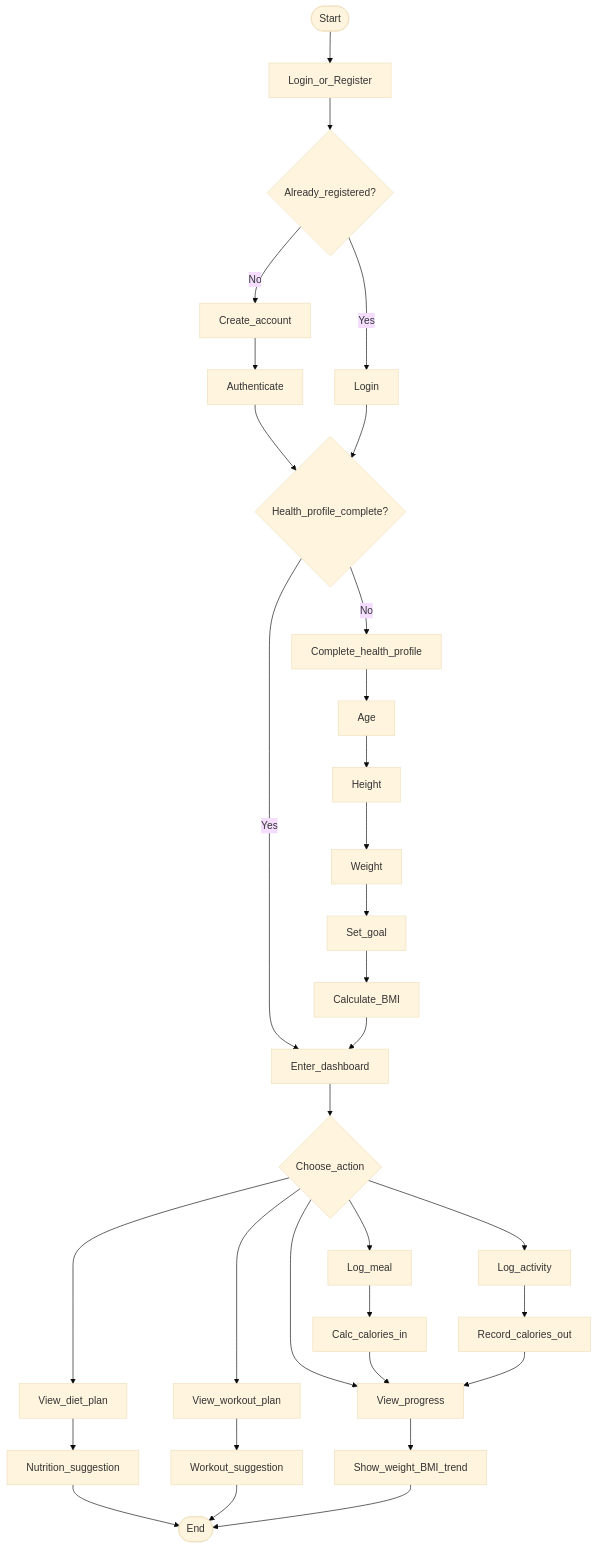
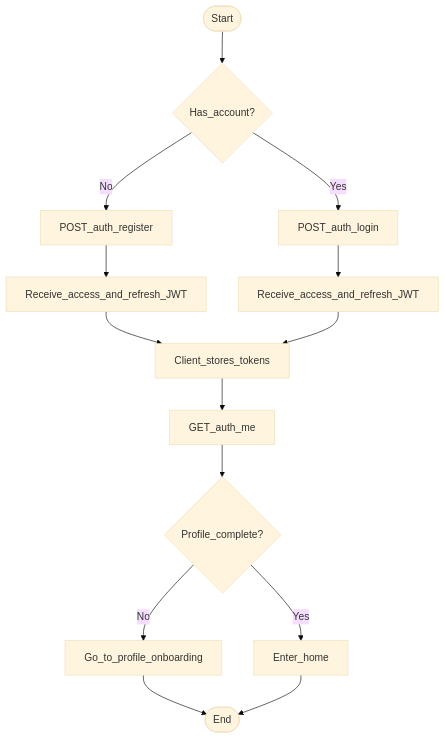
Before and after one commit to RtinFp/relapsa: the diagram in docs/architecture/activity-auth.md, drawn with Mermaid (base theme). The commit also changed other lines of this file and 5 other files, not shown here.

````diff
--- a/docs/architecture/activity-auth.md
+++ b/docs/architecture/activity-auth.md
@@ -5,34 +5,16 @@
 ```mermaid
 flowchart TD
-  A([Start]) --> B[Login_or_Register]
-  B --> C{Already_registered?}
-  C -->|No| D[Create_account]
-  D --> E[Authenticate]
-  C -->|Yes| F[Login]
-  E --> G{Health_profile_complete?}
-  F --> G
-  G -->|No| H[Complete_health_profile]
-  H --> H1[Age]
-  H1 --> H2[Height]
-  H2 --> H3[Weight]
-  H3 --> H4[Set_goal]
-  H4 --> I[Calculate_BMI]
-  G -->|Yes| J[Enter_dashboard]
-  I --> J
-  J --> K{Choose_action}
-  K --> L[Log_meal]
-  K --> M[Log_activity]
-  K --> N[View_progress]
-  K --> O[View_diet_plan]
-  K --> P[View_workout_plan]
-  L --> Q[Calc_calories_in]
-  M --> R[Record_calories_out]
-  Q --> N
-  R --> N
-  O --> S[Nutrition_suggestion]
-  P --> T[Workout_suggestion]
-  N --> U[Show_weight_BMI_trend]
-  S --> V([End])
-  T --> V
-  U --> V
+  startNode([Start]) --> choose{Has_account?}
+  choose -->|No| register[POST_auth_register]
+  register --> tokens1[Receive_access_and_refresh_JWT]
+  choose -->|Yes| login[POST_auth_login]
+  login --> tokens2[Receive_access_and_refresh_JWT]
+  tokens1 --> store[Client_stores_tokens]
+  tokens2 --> store
+  store --> me[GET_auth_me]
+  me --> gate{Profile_complete?}
+  gate -->|No| toProfile[Go_to_profile_onboarding]
+  gate -->|Yes| home[Enter_home]
+  toProfile --> endNode([End])
+  home --> endNode
 ```
````
